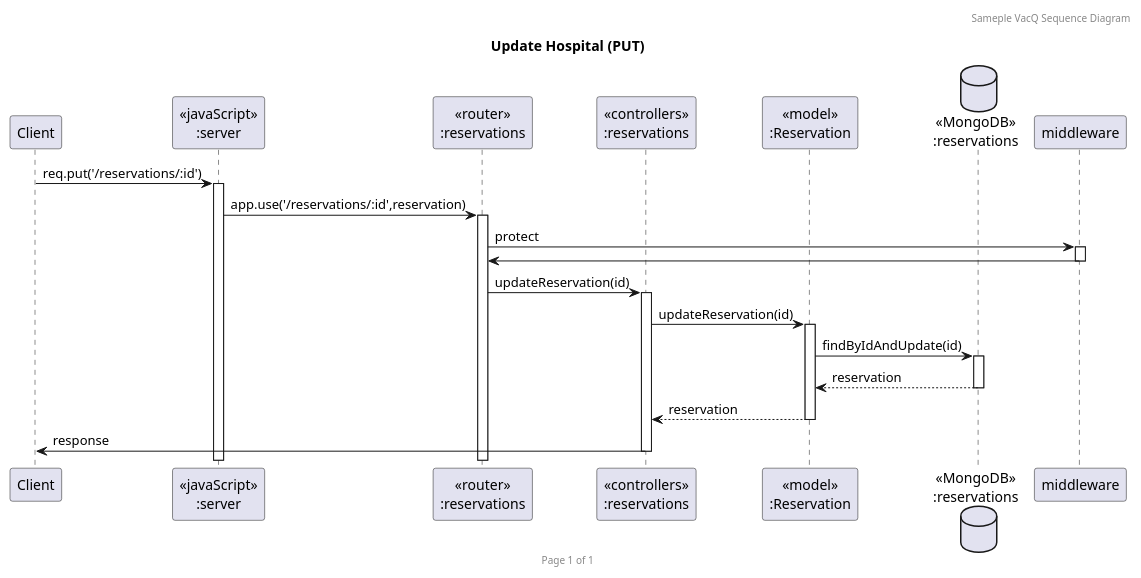
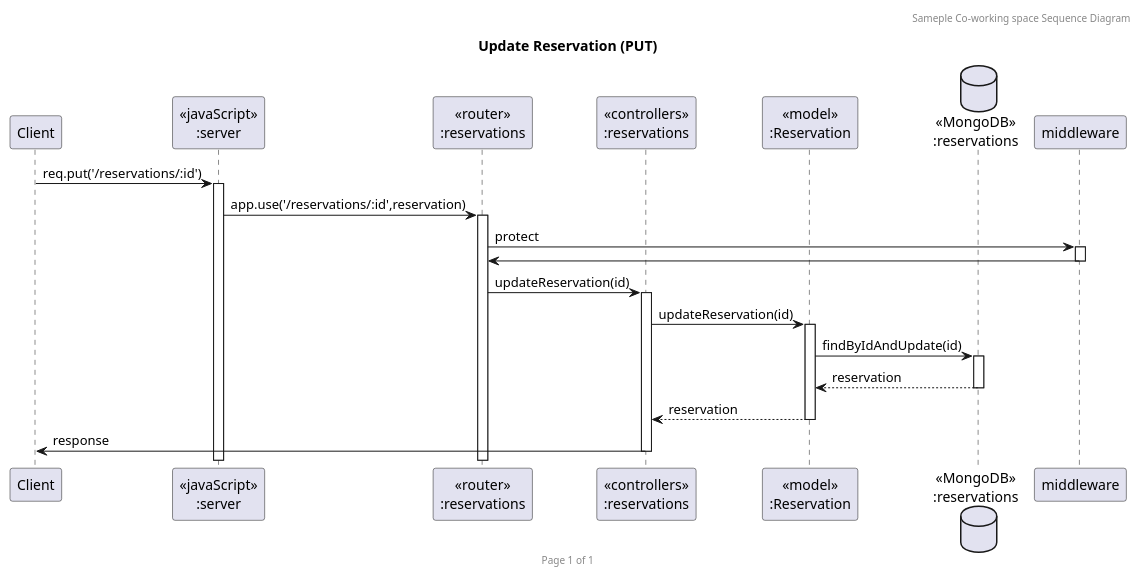
Before and after one commit to GavinITP/co-working-space-reservation: the diagram in uml/coWorking_reservation_put.puml, drawn with PlantUML. The commit also changed 4 other files, not shown here.

```diff
--- a/uml/coWorking_reservation_put.puml
+++ b/uml/coWorking_reservation_put.puml
@@ -1,25 +1,25 @@
-@startuml Update Hospital (PUT)
+@startuml Update Reservation (PUT)
 
-header Sameple VacQ Sequence Diagram
+header Sameple Co-working space Sequence Diagram
 footer Page %page% of %lastpage%
-title "Update Hospital (PUT)"
+title "Update Reservation (PUT)"
 
 participant "Client" as client
 participant "<<javaScript>>\n:server" as server
 participant "<<router>>\n:reservations" as routerReservation
 participant "<<controllers>>\n:reservations" as controllersReservation
 participant "<<model>>\n:Reservation" as modelReservation
 database "<<MongoDB>>\n:reservations" as ReservationDatabase
 
 client->server ++:req.put('/reservations/:id')
 server->routerReservation ++:app.use('/reservations/:id',reservation)
 routerReservation -> middleware ++: protect
 middleware -> routerReservation --: 
 routerReservation -> controllersReservation ++:updateReservation(id)
 controllersReservation->modelReservation ++:updateReservation(id)
 modelReservation ->ReservationDatabase ++: findByIdAndUpdate(id)
 ReservationDatabase --> modelReservation --: reservation
 controllersReservation <-- modelReservation --: reservation
 controllersReservation->client --:response
 
 @enduml
```
